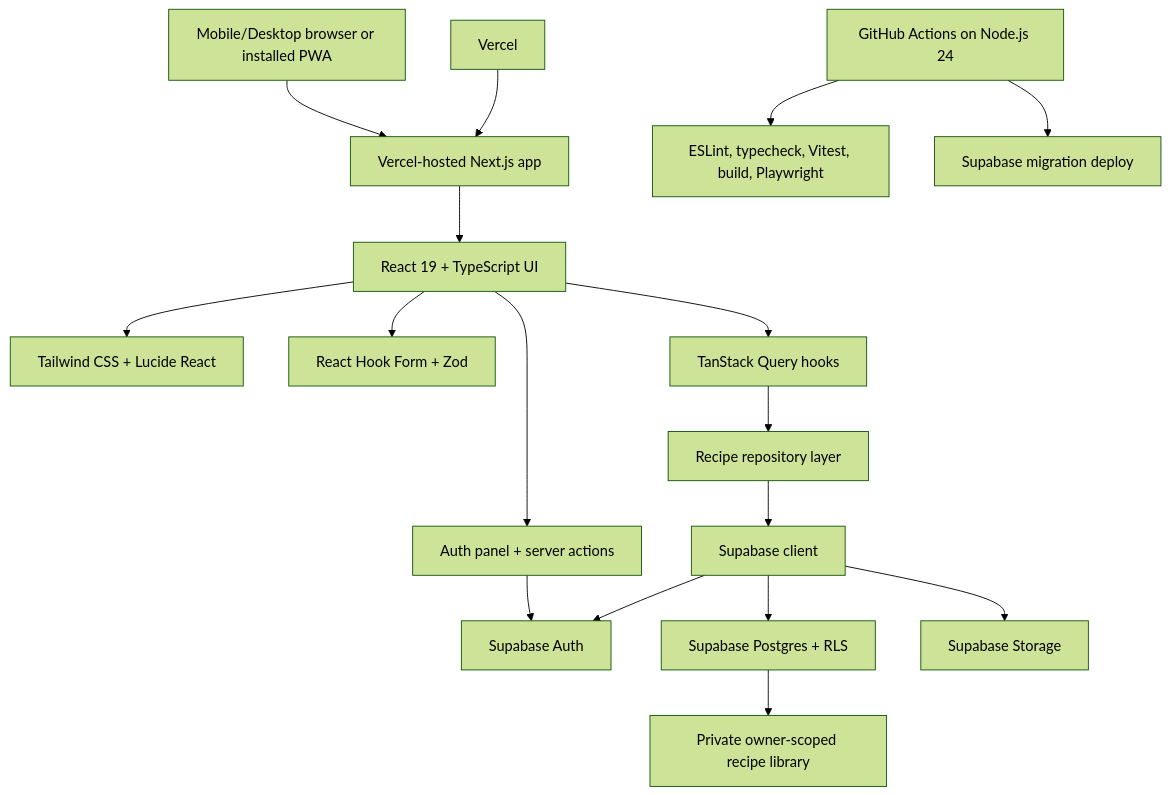
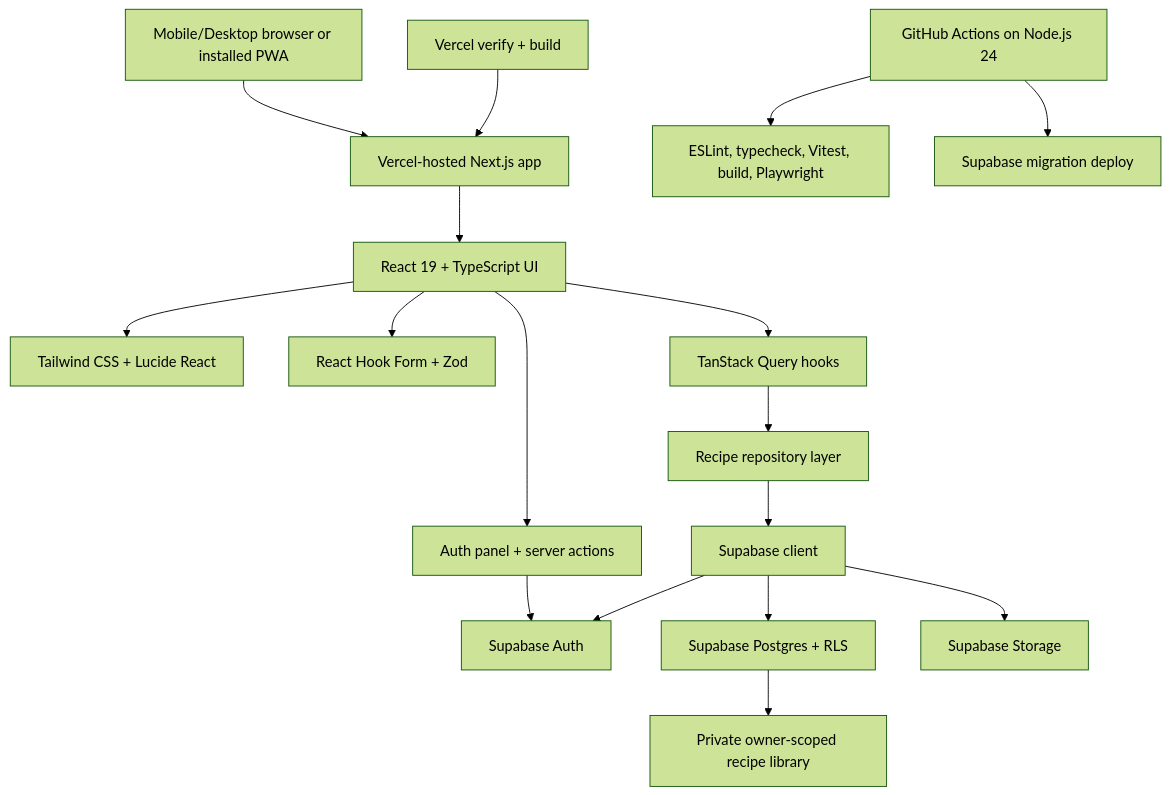
Before and after one commit to zzdlklzz/pocket-plates: the diagram in docs/ARCHITECTURE.md, drawn with Mermaid (forest theme). The commit also changed other lines of this file and 10 other files, not shown here.

First line of the commit message:
fix(ci): provide build env and block bad Vercel builds

````diff
--- a/docs/ARCHITECTURE.md
+++ b/docs/ARCHITECTURE.md
@@ -25,19 +25,19 @@
 ```mermaid
 flowchart TD
     A["Mobile/Desktop browser or installed PWA"] --> B["Vercel-hosted Next.js app"]
     B --> C["React 19 + TypeScript UI"]
     C --> D["Tailwind CSS + Lucide React"]
     C --> E["React Hook Form + Zod"]
     C --> F["TanStack Query hooks"]
     C --> Q["Auth panel + server actions"]
     Q --> I["Supabase Auth"]
     F --> G["Recipe repository layer"]
     G --> H["Supabase client"]
     H --> I["Supabase Auth"]
     H --> J["Supabase Postgres + RLS"]
     H --> K["Supabase Storage"]
     J --> L["Private owner-scoped recipe library"]
     M["GitHub Actions on Node.js 24"] --> N["ESLint, typecheck, Vitest, build, Playwright"]
     M --> O["Supabase migration deploy"]
-    P["Vercel"] --> B
+    P["Vercel verify + build"] --> B
 ```
````
